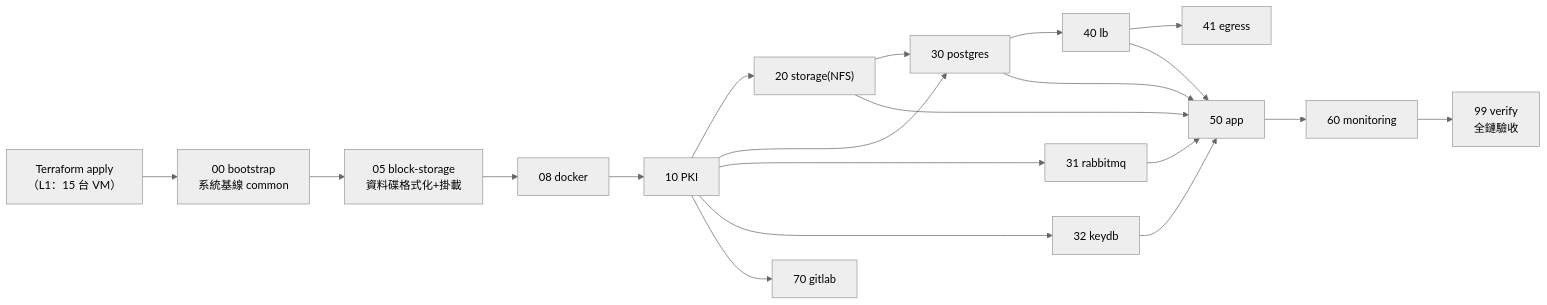
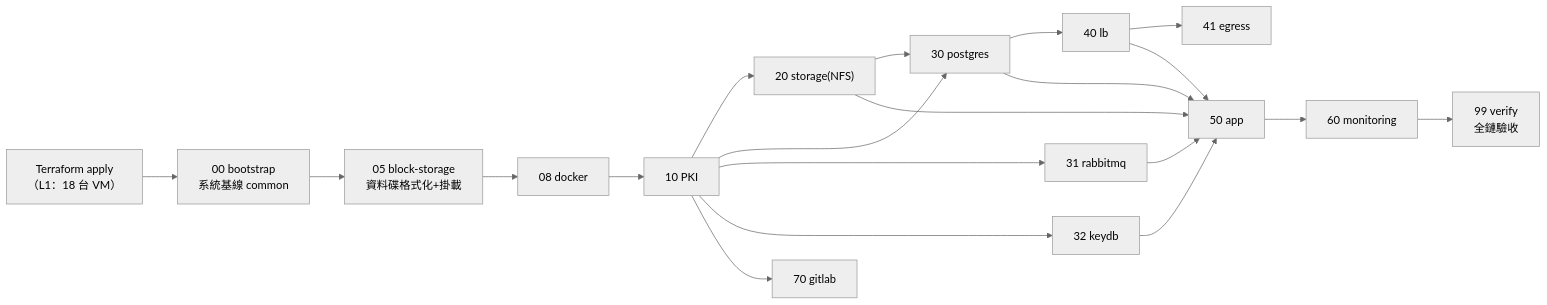
Before and after one commit to JustinHsu0320/onpremis_gitops: the eighth of 12 diagrams in README.md, drawn with Mermaid (neutral theme). The commit also changed other lines of this file and 35 other files, not shown here.

````diff
--- a/README.md
+++ b/README.md
@@ -467,18 +477,18 @@
 ```mermaid
 graph LR
-    TF["Terraform apply<br/>（L1：15 台 VM）"] --> B["00 bootstrap<br/>系統基線 common"]
+    TF["Terraform apply<br/>（L1：18 台 VM）"] --> B["00 bootstrap<br/>系統基線 common"]
     B --> BS["05 block-storage<br/>資料碟格式化+掛載"]
     BS --> DK["08 docker"]
     DK --> P["10 PKI"]
     P --> S["20 storage(NFS)"]
     P --> PG["30 postgres"]
     P --> MQ["31 rabbitmq"]
     P --> KD["32 keydb"]
     P --> GL["70 gitlab"]
     S --> PG
     PG --> LB["40 lb"]
     LB --> EG["41 egress"]
     S & PG & MQ & KD & LB --> APP["50 app"]
     APP --> M["60 monitoring"]
     M --> V["99 verify<br/>全鏈驗收"]
 ```
````
